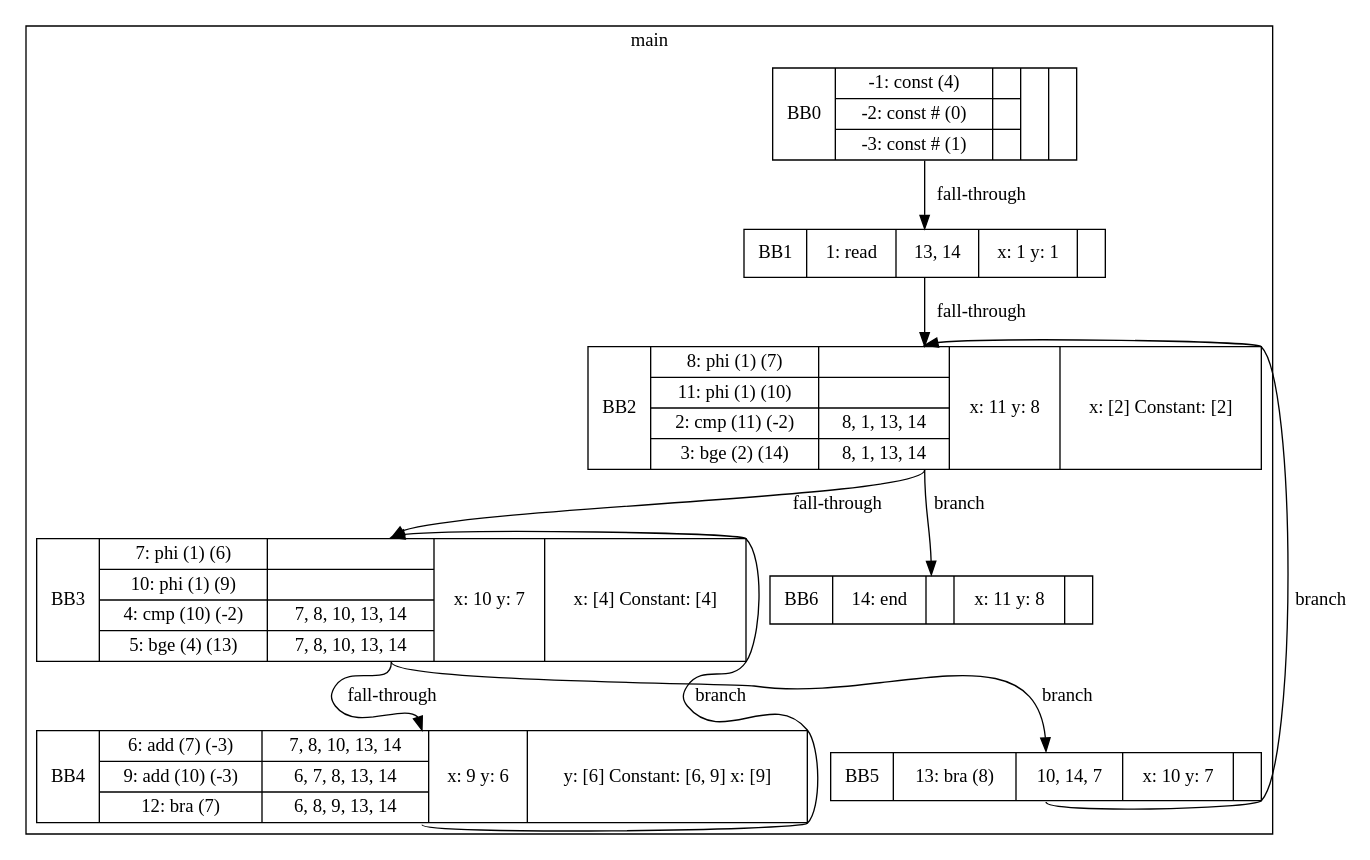
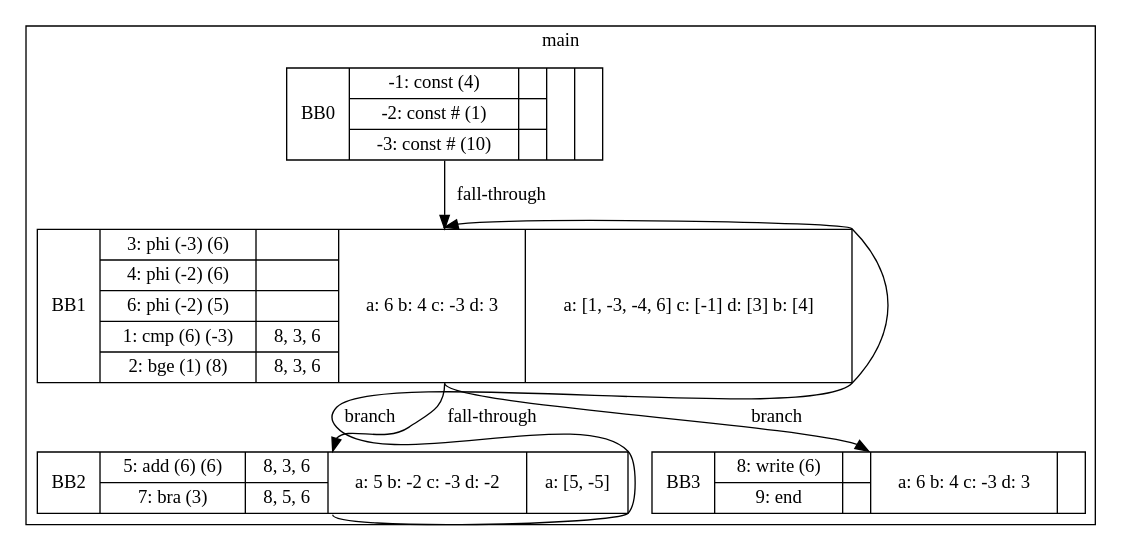
The diagram in Project3/src/main/graph.dot (mahbub-hr/compiler_cs241), drawn with Graphviz before and after one commit. The commit also changed 39 other files, not shown here.

Commit message:
graph coloring done

```diff
--- a/Project3/src/main/graph.dot
+++ b/Project3/src/main/graph.dot
@@ -1,41 +1,32 @@
 digraph G{
-			bb0[shape=record, label="<b>BB0|{-1: const (4) |-2: const # (0) |-3: const # (1) }|{||}|{}|{}"];
-		bb1[shape=record, label="<b>BB1|{1: read  }|{13, 14}|{    x: 1
-    y: 1
-}|{}"];
-		bb2[shape=record, label="<b>BB2|{8: phi (1) (7)|11: phi (1) (10)|2: cmp (11) (-2)|3: bge (2) (14)}|{||8, 1, 13, 14|8, 1, 13, 14}|{    x: 11
-    y: 8
-}|{    x: [2]
-    Constant: [2]
+			bb0[shape=record, label="<b>BB0|{-1: const (4) |-2: const # (1) |-3: const # (10) }|{||}|{}|{}"];
+		bb1[shape=record, label="<b>BB1|{3: phi (-3) (6)|4: phi (-2) (6)|6: phi (-2) (5)|1: cmp (6) (-3)|2: bge (1) (8)}|{|||8, 3, 6|8, 3, 6}|{    a: 6
+    b: 4
+    c: -3
+    d: 3
+}|{    a: [1, -3, -4, 6]
+    c: [-1]
+    d: [3]
+    b: [4]
 }"];
-		bb3[shape=record, label="<b>BB3|{7: phi (1) (6)|10: phi (1) (9)|4: cmp (10) (-2)|5: bge (4) (13)}|{||7, 8, 10, 13, 14|7, 8, 10, 13, 14}|{    x: 10
-    y: 7
-}|{    x: [4]
-    Constant: [4]
+		bb2[shape=record, label="<b>BB2|{5: add (6) (6)|7: bra (3) }|{8, 3, 6|8, 5, 6}|{    a: 5
+    b: -2
+    c: -3
+    d: -2
+}|{    a: [5, -5]
 }"];
-		bb4[shape=record, label="<b>BB4|{6: add (7) (-3)|9: add (10) (-3)|12: bra (7) }|{7, 8, 10, 13, 14|6, 7, 8, 13, 14|6, 8, 9, 13, 14}|{    x: 9
-    y: 6
-}|{    y: [6]
-    Constant: [6, 9]
-    x: [9]
-}"];
-		bb5[shape=record, label="<b>BB5|{13: bra (8) }|{10, 14, 7}|{    x: 10
-    y: 7
-}|{}"];
-		bb6[shape=record, label="<b>BB6|{14: end  }|{}|{    x: 11
-    y: 8
+		bb3[shape=record, label="<b>BB3|{8: write (6) |9: end  }|{|}|{    a: 6
+    b: 4
+    c: -3
+    d: 3
 }|{}"];
 	
 subgraph cluster_main{
 	label=main
 			bb0:s->bb1:n[label="fall-through"];
 		bb1:s->bb2:n[label="fall-through"];
-		bb2:s->bb3:n[label="fall-through"];
-bb2:s->bb6:n[label="branch"];
-		bb3:s->bb4:n[label="fall-through"];
-bb3:s->bb5:n[label="branch"];
-		bb4:s->bb3:n[label="branch"];
-		bb5:s->bb2:n[label="branch"];
+bb1:s->bb3:n[label="branch"];
+		bb2:s->bb1:n[label="branch"];
 		
 }
 }
```
